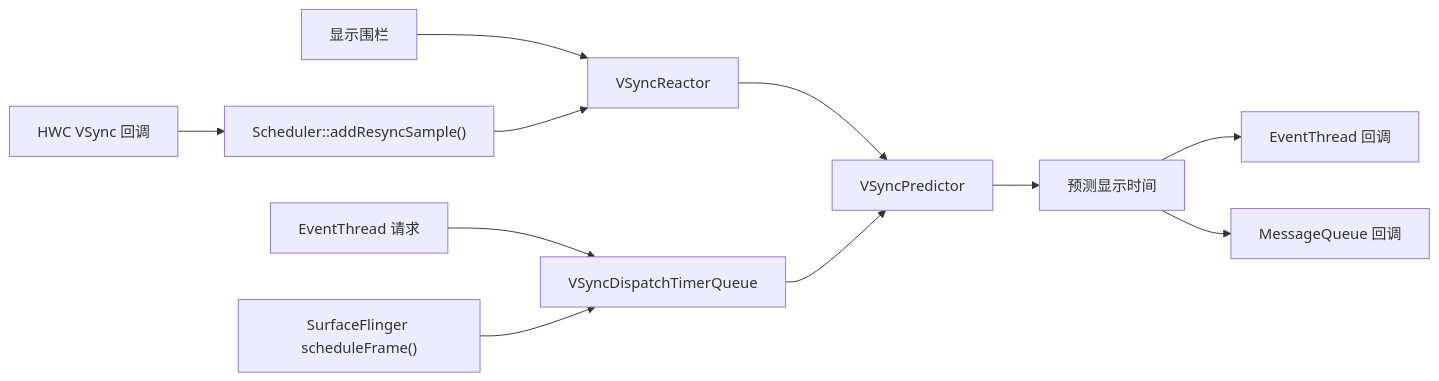
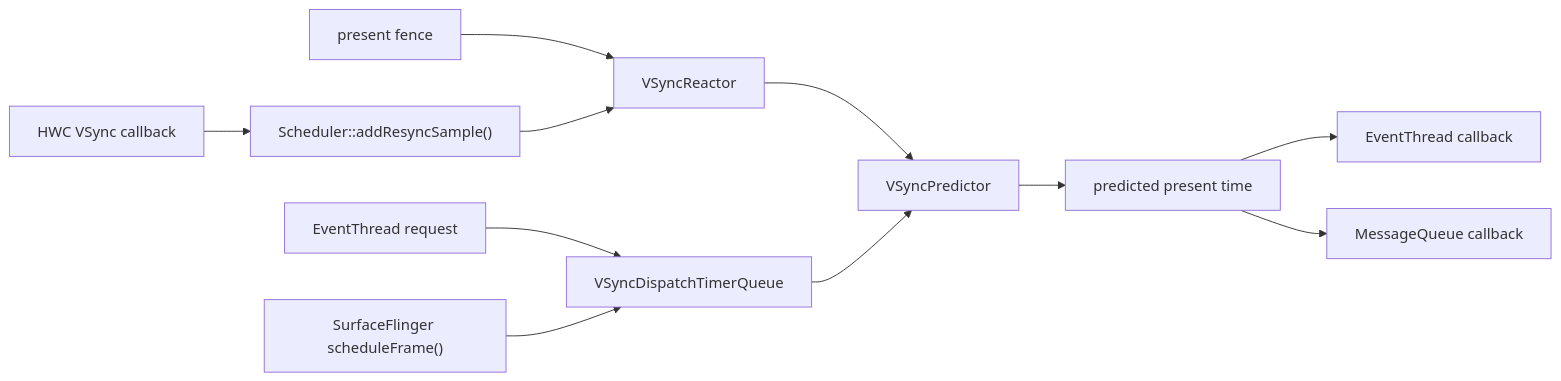
Before and after one commit to Gracker/android-internals-wiki: the first of 4 diagrams in src/part1-fundamentals/ch02-rendering/23-vsync-scheduler-displayframerate.md, drawn with Mermaid. The commit also changed other lines of this file and 3 other files, not shown here.

````diff
--- a/src/part1-fundamentals/ch02-rendering/23-vsync-scheduler-displayframerate.md
+++ b/src/part1-fundamentals/ch02-rendering/23-vsync-scheduler-displayframerate.md
@@ -131,13 +131,13 @@
 ```mermaid
 flowchart LR
-    HWC["HWC VSync 回调"] --> SAMPLE["Scheduler::addResyncSample()"]
-    FENCE["显示围栏"] --> REACTOR["VSyncReactor"]
+    HWC["HWC VSync callback"] --> SAMPLE["Scheduler::addResyncSample()"]
+    FENCE["present fence"] --> REACTOR["VSyncReactor"]
     SAMPLE --> REACTOR
     REACTOR --> TRACKER["VSyncPredictor"]
-    APPREQ["EventThread 请求"] --> DISPATCH["VSyncDispatchTimerQueue"]
+    APPREQ["EventThread request"] --> DISPATCH["VSyncDispatchTimerQueue"]
     SFREQ["SurfaceFlinger scheduleFrame()"] --> DISPATCH
     DISPATCH --> TRACKER
-    TRACKER --> TARGET["预测显示时间"]
-    TARGET --> APPCB["EventThread 回调"]
-    TARGET --> SFCB["MessageQueue 回调"]
+    TRACKER --> TARGET["predicted present time"]
+    TARGET --> APPCB["EventThread callback"]
+    TARGET --> SFCB["MessageQueue callback"]
 ```
````
